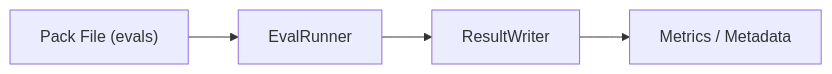
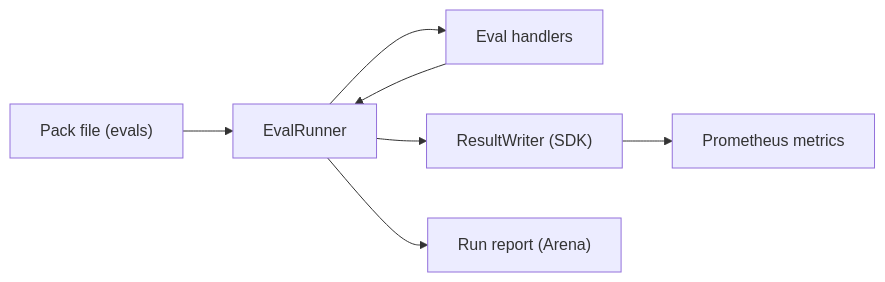
Before and after one commit to AltairaLabs/promptarena: the first of 3 diagrams in docs/src/content/docs/arena/explanation/eval-framework.md, drawn with Mermaid. The commit also changed other lines of this file and 19 other files, not shown here.

````diff
--- a/docs/src/content/docs/arena/explanation/eval-framework.md
+++ b/docs/src/content/docs/arena/explanation/eval-framework.md
@@ -15,6 +26,9 @@
 ```mermaid
 flowchart LR
-    pack["Pack File (evals)"] --> runner["EvalRunner"]
-    runner --> writer["ResultWriter"]
-    writer --> out["Metrics / Metadata"]
+    pack["Pack file (evals)"] --> runner["EvalRunner"]
+    runner --> handlers["Eval handlers"]
+    handlers --> runner
+    runner --> writer["ResultWriter (SDK)"]
+    runner --> report["Run report (Arena)"]
+    writer --> metrics["Prometheus metrics"]
 ```
````
